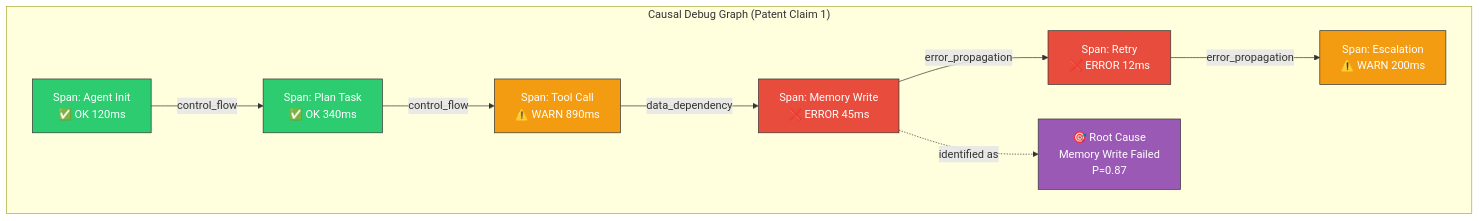
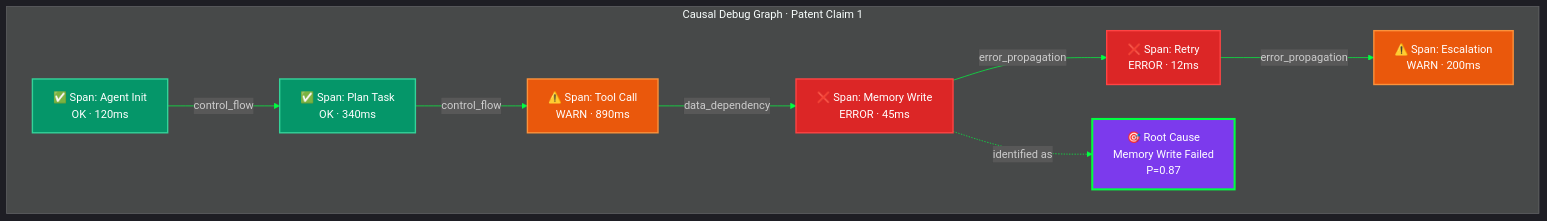
One commit to Alexi5000/CipherClaw changed the diagram in docs/diagrams/causal-debug-graph.mmd. Above: the diagram before and after it, drawn with Mermaid. The commit also changed 30 other files, not shown here.

```diff
--- a/docs/diagrams/causal-debug-graph.mmd
+++ b/docs/diagrams/causal-debug-graph.mmd
@@ -1,27 +1,28 @@
+%%{init: {'theme': 'dark', 'themeVariables': {'primaryColor': '#7c3aed', 'primaryTextColor': '#e0e0e0', 'lineColor': '#00ff41'}}}%%
+
 graph LR
-    subgraph "Causal Debug Graph (Patent Claim 1)"
+    subgraph CDG["Causal Debug Graph · Patent Claim 1"]
         direction LR
-        S1["Span: Agent Init<br/>✅ OK 120ms"]
-        S2["Span: Plan Task<br/>✅ OK 340ms"]
-        S3["Span: Tool Call<br/>⚠️ WARN 890ms"]
-        S4["Span: Memory Write<br/>❌ ERROR 45ms"]
-        S5["Span: Retry<br/>❌ ERROR 12ms"]
-        S6["Span: Escalation<br/>⚠️ WARN 200ms"]
+        S1["✅ Span: Agent Init<br/>OK · 120ms"]
+        S2["✅ Span: Plan Task<br/>OK · 340ms"]
+        S3["⚠️ Span: Tool Call<br/>WARN · 890ms"]
+        S4["❌ Span: Memory Write<br/>ERROR · 45ms"]
+        S5["❌ Span: Retry<br/>ERROR · 12ms"]
+        S6["⚠️ Span: Escalation<br/>WARN · 200ms"]
+        RC["🎯 Root Cause<br/>Memory Write Failed<br/>P=0.87"]
 
         S1 -->|"control_flow"| S2
         S2 -->|"control_flow"| S3
         S3 -->|"data_dependency"| S4
         S4 -->|"error_propagation"| S5
         S5 -->|"error_propagation"| S6
-
-        RC["🎯 Root Cause<br/>Memory Write Failed<br/>P=0.87"]
         S4 -.->|"identified as"| RC
     end
 
-    style S1 fill:#2ecc71,stroke:#333,color:#fff
-    style S2 fill:#2ecc71,stroke:#333,color:#fff
-    style S3 fill:#f39c12,stroke:#333,color:#fff
-    style S4 fill:#e74c3c,stroke:#333,color:#fff
-    style S5 fill:#e74c3c,stroke:#333,color:#fff
-    style S6 fill:#f39c12,stroke:#333,color:#fff
-    style RC fill:#9b59b6,stroke:#333,color:#fff
+    style S1 fill:#059669,stroke:#34d399,stroke-width:2px,color:#fff
+    style S2 fill:#059669,stroke:#34d399,stroke-width:2px,color:#fff
+    style S3 fill:#ea580c,stroke:#fb923c,stroke-width:2px,color:#fff
+    style S4 fill:#dc2626,stroke:#ff4444,stroke-width:2px,color:#fff
+    style S5 fill:#dc2626,stroke:#ff4444,stroke-width:2px,color:#fff
+    style S6 fill:#ea580c,stroke:#fb923c,stroke-width:2px,color:#fff
+    style RC fill:#7c3aed,stroke:#00ff41,stroke-width:3px,color:#fff
```
